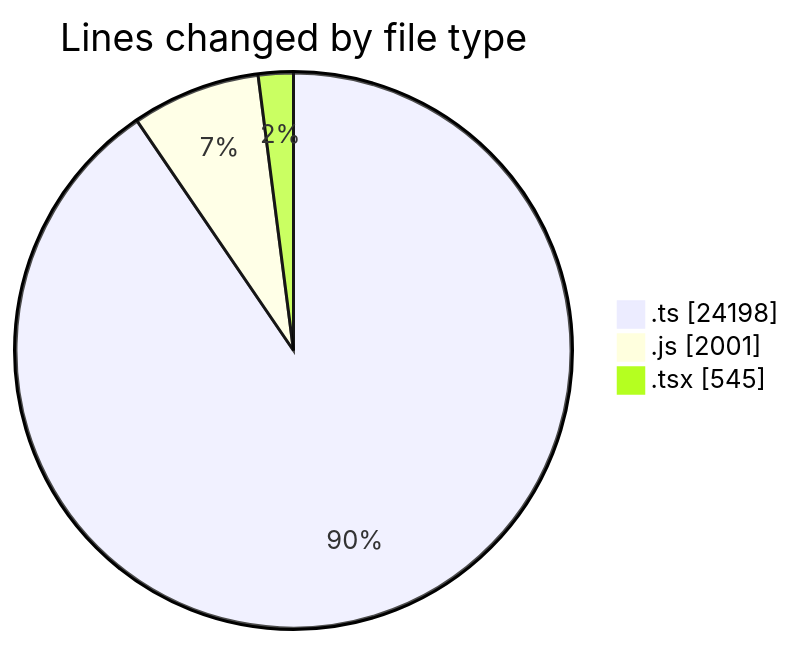
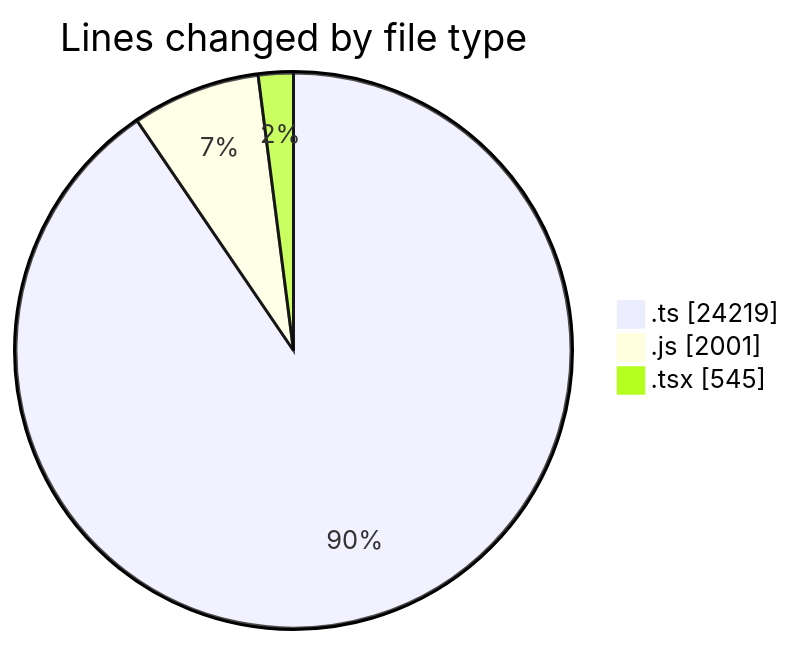
One commit to momahboobian/code-tracking changed the first of 2 diagrams in 2025-06-20/cda/README.md. Above: the diagram before and after it, drawn with Mermaid. The commit also changed other lines of this file and 1 other file, not shown here.

````diff
--- a/2025-06-20/cda/README.md
+++ b/2025-06-20/cda/README.md
@@ -35,7 +35,7 @@
 ```mermaid
 pie showData
 title Lines changed by file type
-".ts" : 24198
+".ts" : 24219
 ".js" : 2001
 ".tsx" : 545
 ```
````
